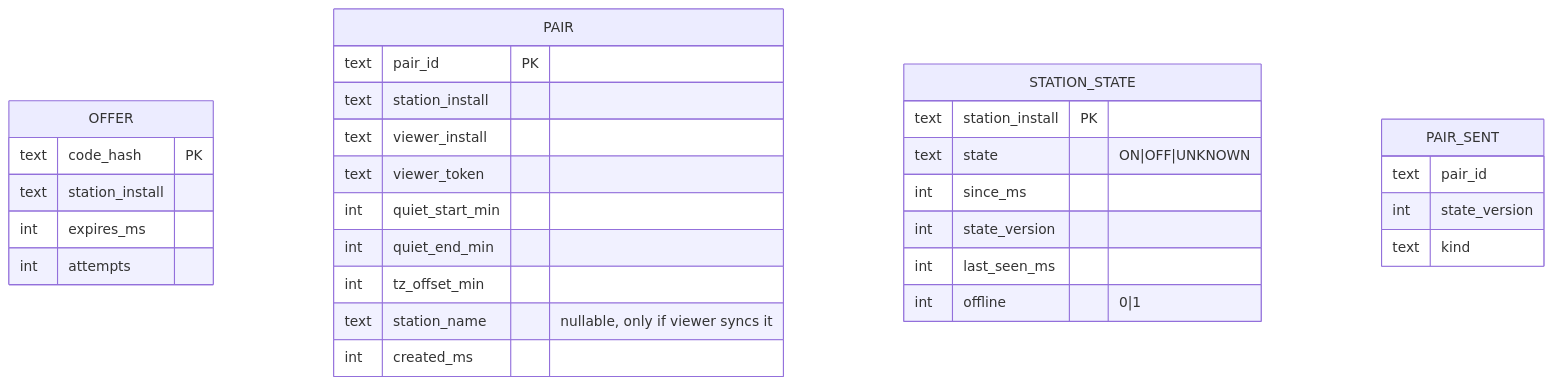
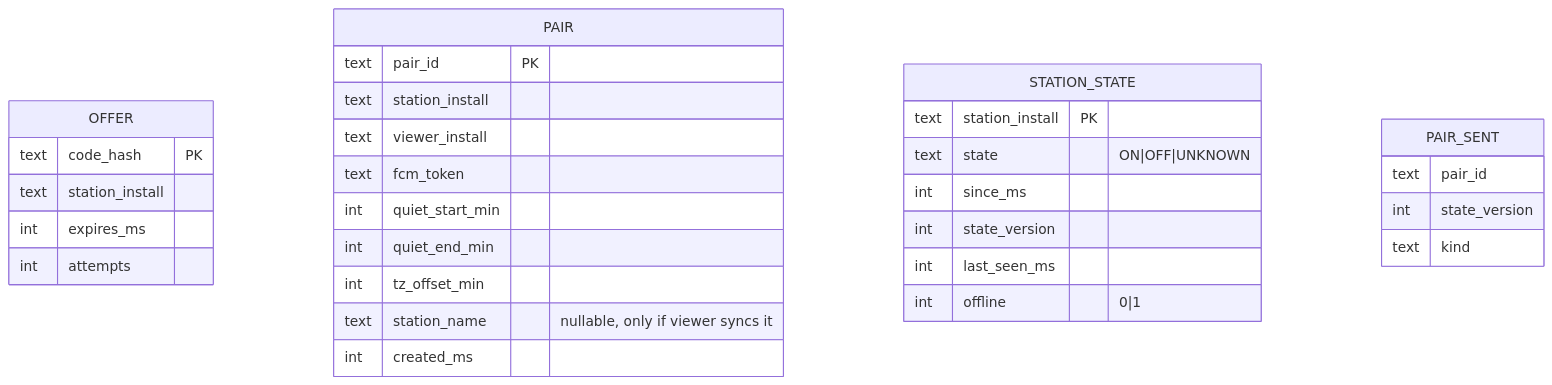
Before and after one commit to 3akare/outage: the sixth of 6 diagrams in .kiro/specs/home-watch/design.md, drawn with Mermaid. The commit also changed other lines of this file and 108 other files, not shown here.

````diff
--- a/.kiro/specs/home-watch/design.md
+++ b/.kiro/specs/home-watch/design.md
@@ -161,33 +161,33 @@
 ```mermaid
 erDiagram
     OFFER {
         text code_hash PK
         text station_install
         int expires_ms
         int attempts
     }
     PAIR {
         text pair_id PK
         text station_install
         text viewer_install
-        text viewer_token
+        text fcm_token
         int quiet_start_min
         int quiet_end_min
         int tz_offset_min
         text station_name "nullable, only if viewer syncs it"
         int created_ms
     }
     STATION_STATE {
         text station_install PK
         text state "ON|OFF|UNKNOWN"
         int since_ms
         int state_version
         int last_seen_ms
         int offline "0|1"
     }
     PAIR_SENT {
         text pair_id
         int state_version
         text kind
     }
 ```
````
